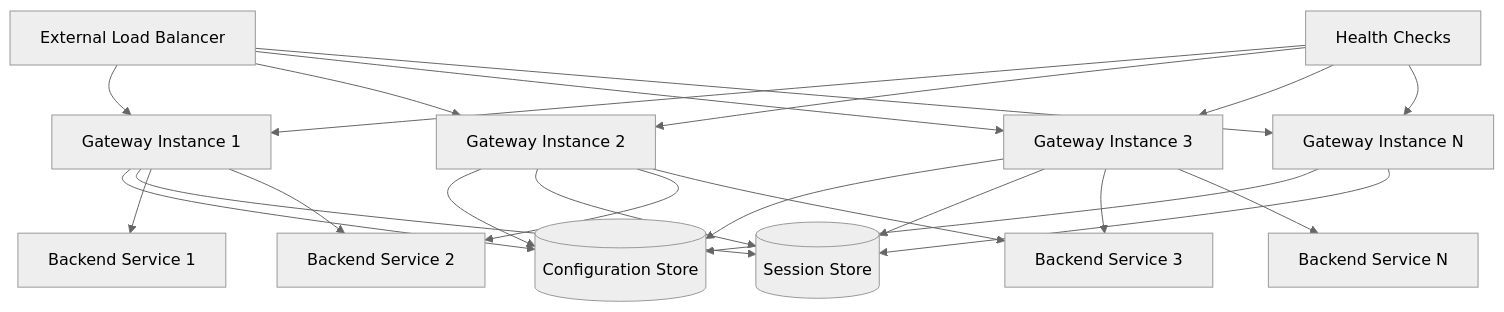
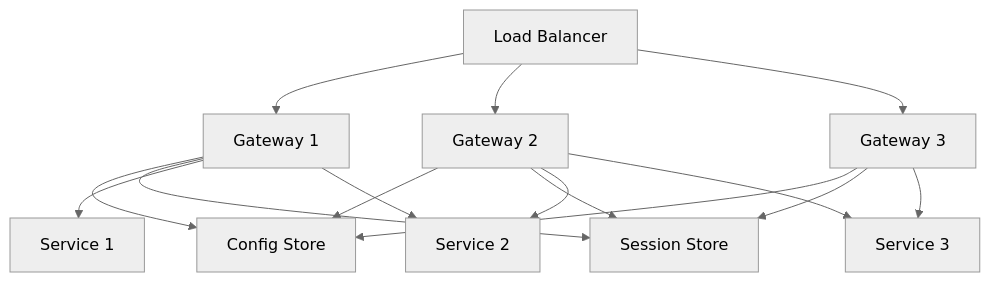
One commit to fluxsce/gateway changed the ninth of 16 diagrams in docs/guide/architecture.md. Above: the diagram before and after it, drawn with Mermaid (neutral theme). The commit also changed other lines of this file, not shown here.

Commit message:
架构图预览显示问题

````diff
--- a/docs/guide/architecture.md
+++ b/docs/guide/architecture.md
@@ -256,29 +242,20 @@
 ```mermaid
 graph TB
-    LB[External Load Balancer] --> GW1[Gateway Instance 1]
-    LB --> GW2[Gateway Instance 2]
-    LB --> GW3[Gateway Instance 3]
-    LB --> GWN[Gateway Instance N]
+    A[Load Balancer] --> B[Gateway 1]
+    A --> C[Gateway 2]
+    A --> D[Gateway 3]
     
-    GW1 --> ConfigStore[(Configuration Store)]
-    GW2 --> ConfigStore
-    GW3 --> ConfigStore
-    GWN --> ConfigStore
+    B --> E[Config Store]
+    C --> E
+    D --> E
     
-    GW1 --> SessionStore[(Session Store)]
-    GW2 --> SessionStore
-    GW3 --> SessionStore
-    GWN --> SessionStore
+    B --> F[Session Store]
+    C --> F
+    D --> F
     
-    GW1 --> BE1[Backend Service 1]
-    GW1 --> BE2[Backend Service 2]
-    GW2 --> BE2
-    GW2 --> BE3[Backend Service 3]
-    GW3 --> BE3
-    GW3 --> BEN[Backend Service N]
-    
-    Health[Health Checks] --> GW1
-    Health --> GW2
-    Health --> GW3
-    Health --> GWN
+    B --> G[Service 1]
+    B --> H[Service 2]
+    C --> H
+    C --> I[Service 3]
+    D --> I
 ```
````
